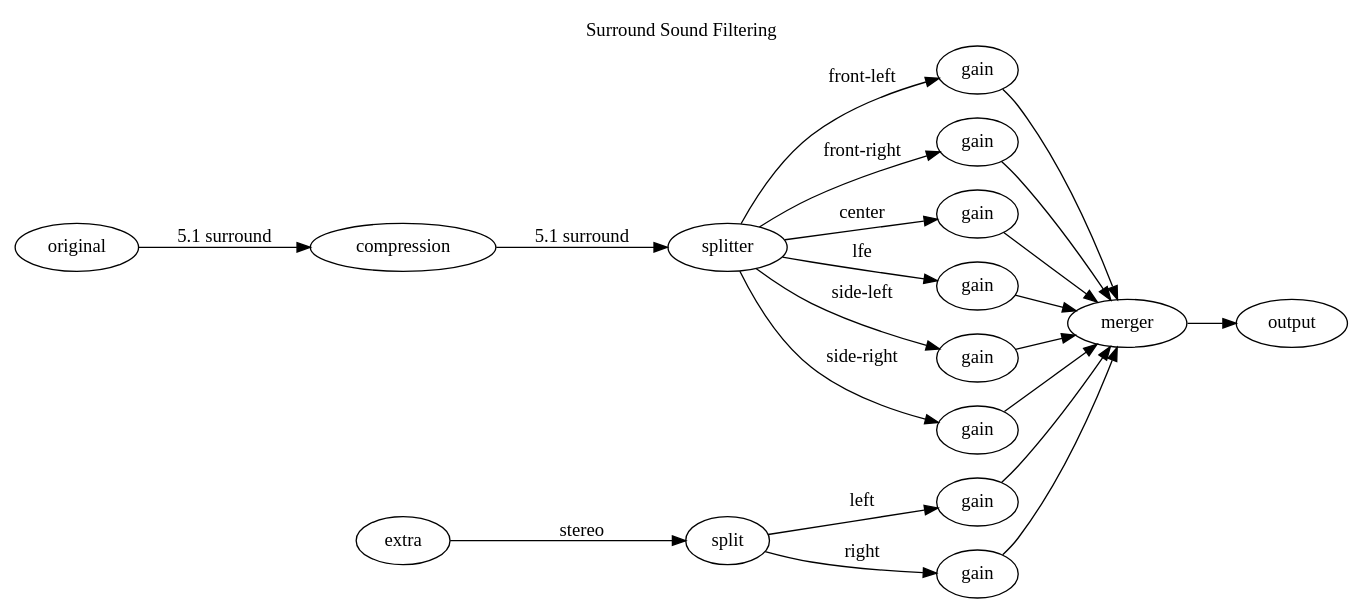
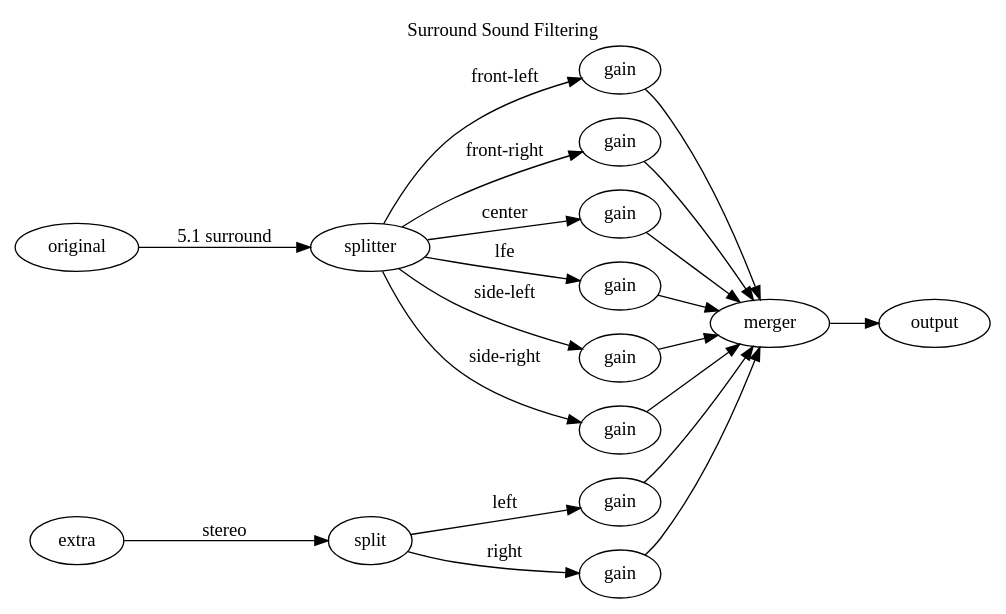
One commit to joeyparrish/upfish changed the diagram in filter-graph-surround.gv. Above: the diagram before and after it, drawn with Graphviz. The commit also changed 4 other files, not shown here.

```diff
--- a/filter-graph-surround.gv
+++ b/filter-graph-surround.gv
@@ -1,40 +1,39 @@
 digraph {
   label = "Surround Sound Filtering"
   labelloc = "t"
   rankdir = "LR"
 
-  original -> compression [label="5.1 surround"];
-  compression -> splitter [label="5.1 surround"];
+  original -> splitter [label="5.1 surround"];
 
   gain0 [label="gain"];
   gain1 [label="gain"];
   gain2 [label="gain"];
   gain3 [label="gain"];
   gain4 [label="gain"];
   gain5 [label="gain"];
   gain6 [label="gain"];
   gain7 [label="gain"];
 
   splitter -> gain0 [label="front-left"];
   splitter -> gain1 [label="front-right"];
   splitter -> gain2 [label="center"];
   splitter -> gain3 [label="lfe"];
   splitter -> gain4 [label="side-left"];
   splitter -> gain5 [label="side-right"];
 
   splitter2 [label="split"];
   extra -> splitter2 [label="stereo"];
   splitter2 -> gain6 [label="left"];
   splitter2 -> gain7 [label="right"];
 
   gain0 -> merger;
   gain1 -> merger;
   gain2 -> merger;
   gain3 -> merger;
   gain4 -> merger;
   gain5 -> merger;
   gain6 -> merger;
   gain7 -> merger;
 
   merger -> output;
 }
```
